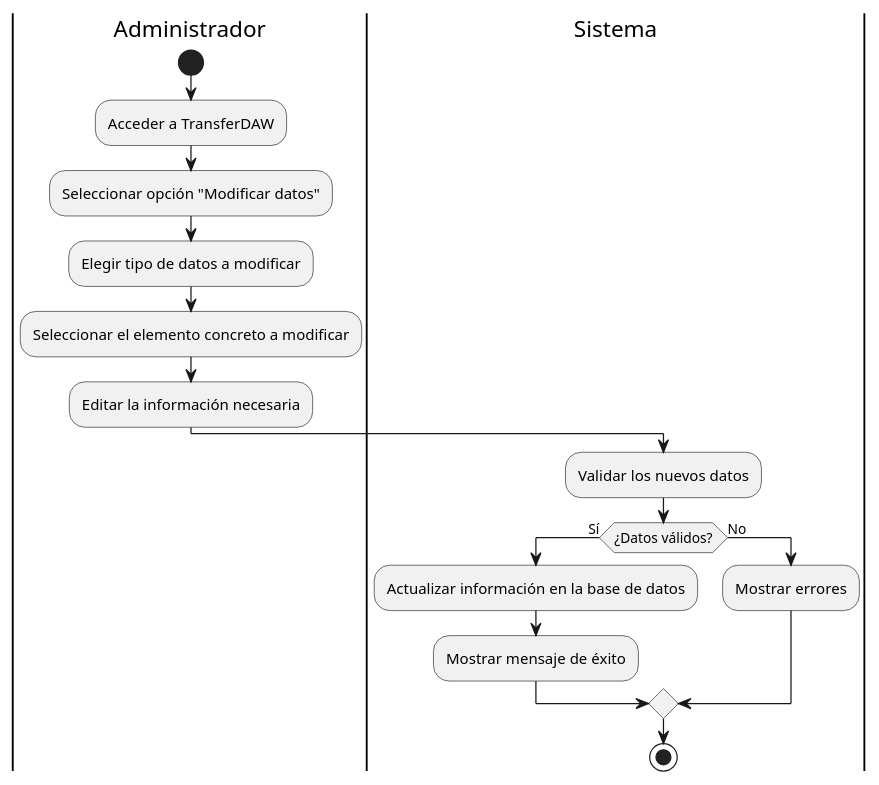
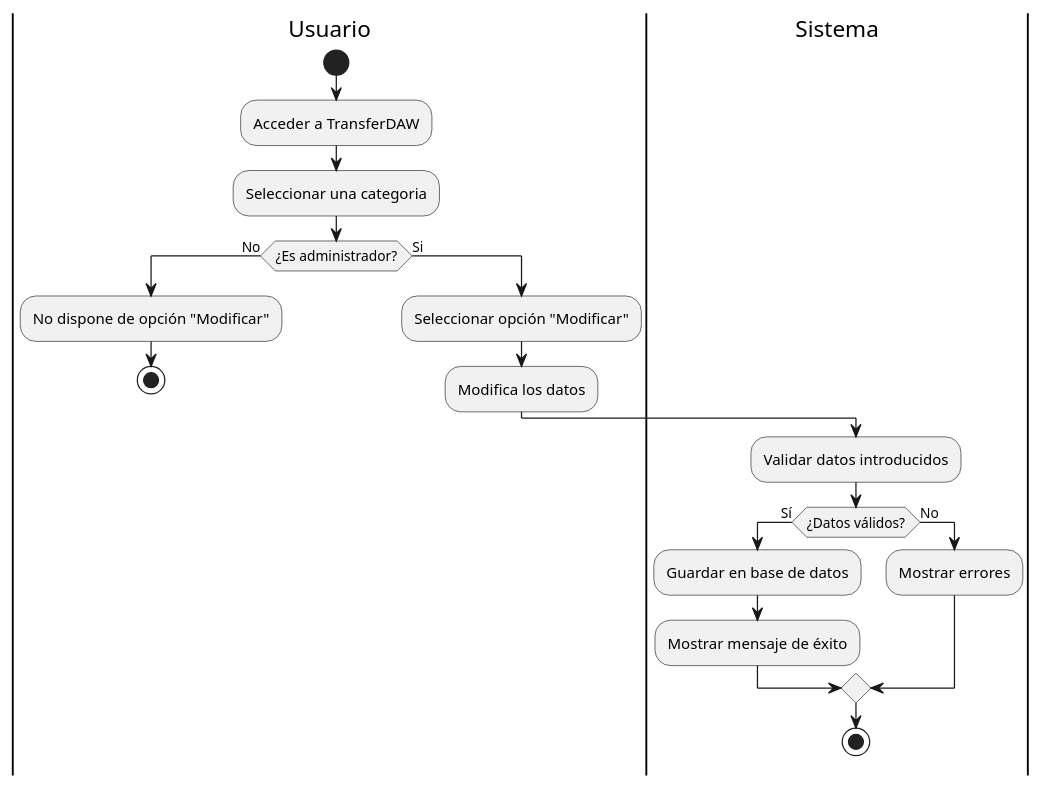
The fourth of 5 diagrams in trasnferdaw/design/diagramas/diagrama_de_actividad/diagrama_actividad.pu (IR-Play88/TransferDAW), drawn with PlantUML before and after one commit. The commit also changed other lines of this file and 180 other files, not shown here.

```diff
--- a/trasnferdaw/design/diagramas/diagrama_de_actividad/diagrama_actividad.pu
+++ b/trasnferdaw/design/diagramas/diagrama_de_actividad/diagrama_actividad.pu
@@ -59,23 +65,24 @@
 @startuml Modificar información
-|Administrador|
+|Usuario|
 start
 
 :Acceder a TransferDAW;
-:Seleccionar opción "Modificar datos";
-:Elegir tipo de datos a modificar;
-:Seleccionar el elemento concreto a modificar;
+:Seleccionar una categoria;
 
-:Editar la información necesaria;
-
-|Sistema|
-:Validar los nuevos datos;
+if (¿Es administrador?) then (No)
+    :No dispone de opción "Modificar";
+    stop
+else (Si)
+:Seleccionar opción "Modificar";
+:Modifica los datos;
+    |Sistema|
+:Validar datos introducidos;
 
 if (¿Datos válidos?) then (Sí)
-    :Actualizar información en la base de datos;
+    :Guardar en base de datos;
     :Mostrar mensaje de éxito;
 else (No)
     :Mostrar errores;
 endif
-
 stop
 @enduml
```
